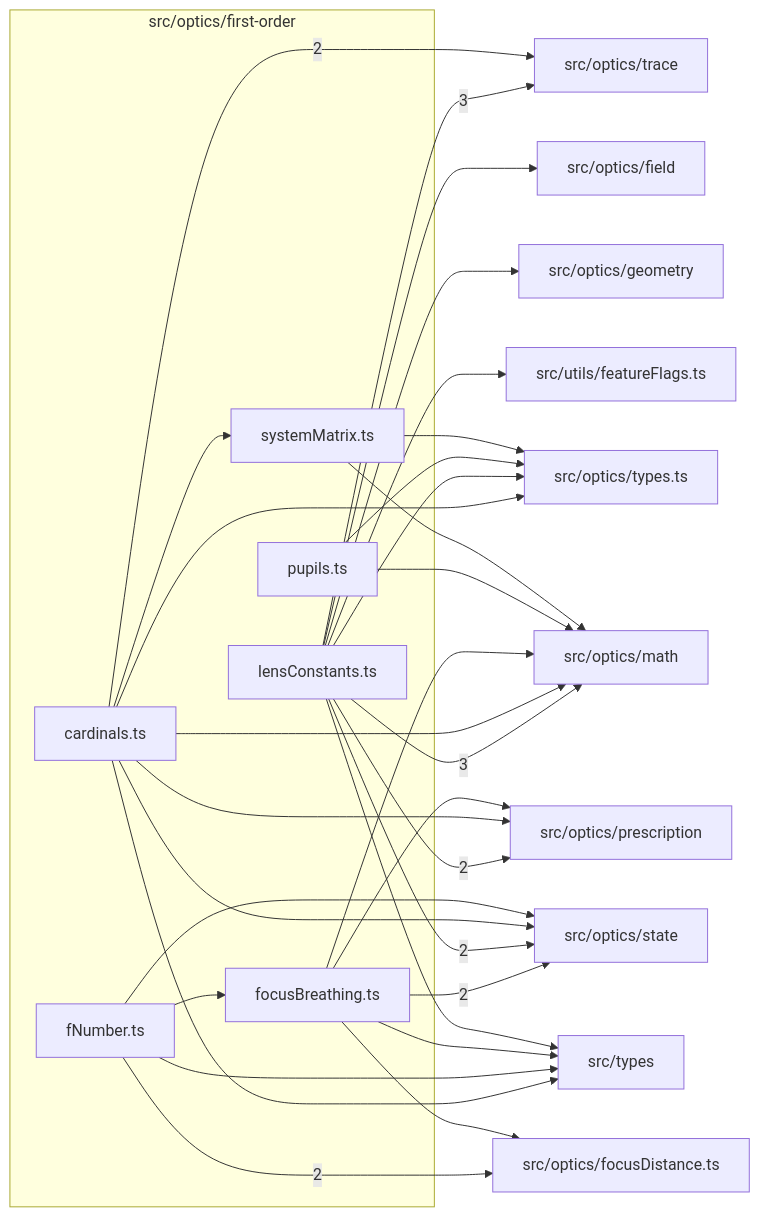
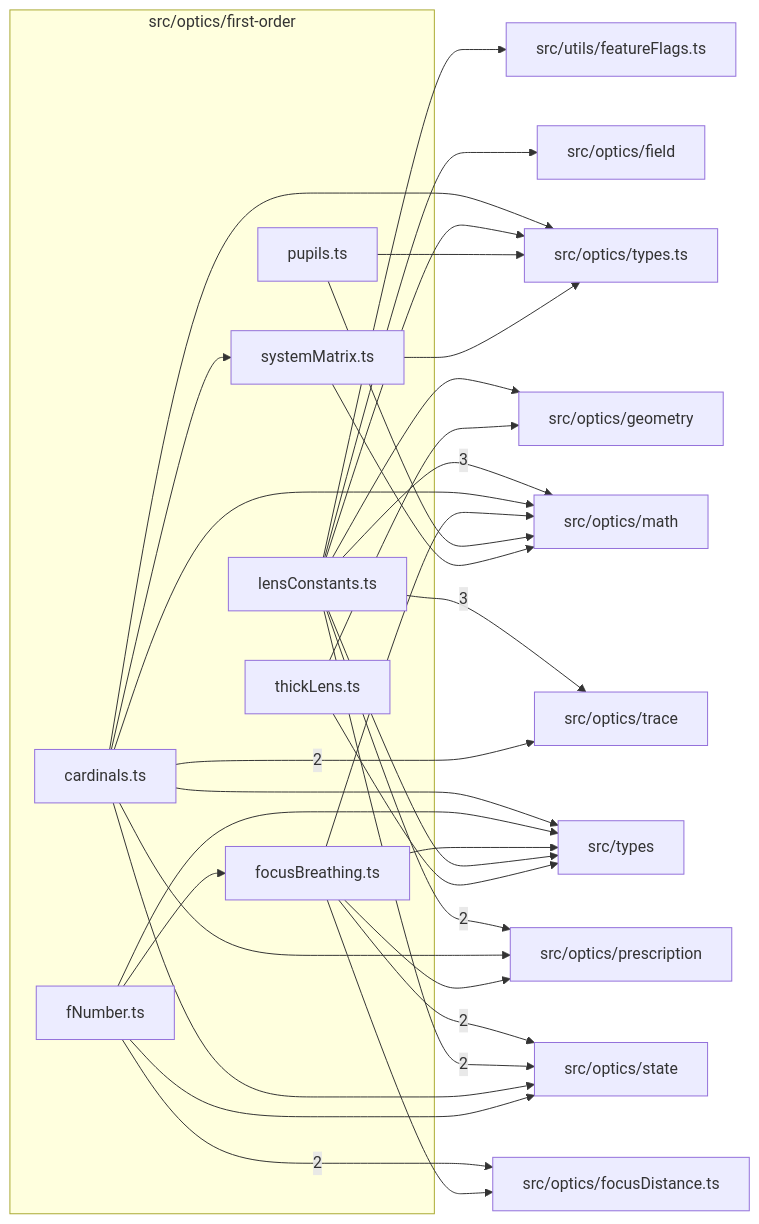
Before and after one commit to ronbuening/LensVisualizer: the diagram in src/optics/first-order/readme.md, drawn with Mermaid. The commit also changed other lines of this file and 8 other files, not shown here.

````diff
--- a/src/optics/first-order/readme.md
+++ b/src/optics/first-order/readme.md
@@ -9,50 +9,53 @@
 ```mermaid
 flowchart LR
   subgraph n_src_optics_first_order["src/optics/first-order"]
     n_src_optics_first_order_src_optics_first_order_cardinals_ts["cardinals.ts"]
     n_src_optics_first_order_src_optics_first_order_fNumber_ts["fNumber.ts"]
     n_src_optics_first_order_src_optics_first_order_focusBreathing_ts["focusBreathing.ts"]
     n_src_optics_first_order_src_optics_first_order_lensConstants_ts["lensConstants.ts"]
     n_src_optics_first_order_src_optics_first_order_pupils_ts["pupils.ts"]
     n_src_optics_first_order_src_optics_first_order_systemMatrix_ts["systemMatrix.ts"]
+    n_src_optics_first_order_src_optics_first_order_thickLens_ts["thickLens.ts"]
   end
   n_external_src_optics_math["src/optics/math"]
   n_external_src_optics_trace["src/optics/trace"]
   n_external_src_optics_focusDistance_ts["src/optics/focusDistance.ts"]
   n_external_src_optics_prescription["src/optics/prescription"]
   n_external_src_optics_state["src/optics/state"]
   n_external_src_optics_field["src/optics/field"]
   n_external_src_optics_geometry["src/optics/geometry"]
   n_external_src_optics_types_ts["src/optics/types.ts"]
   n_external_src_types["src/types"]
   n_external_src_utils_featureFlags_ts["src/utils/featureFlags.ts"]
   n_src_optics_first_order_src_optics_first_order_lensConstants_ts --> |3| n_external_src_optics_math
   n_src_optics_first_order_src_optics_first_order_lensConstants_ts --> |3| n_external_src_optics_trace
   n_src_optics_first_order_src_optics_first_order_fNumber_ts --> |2| n_external_src_optics_focusDistance_ts
   n_src_optics_first_order_src_optics_first_order_lensConstants_ts --> |2| n_external_src_optics_prescription
   n_src_optics_first_order_src_optics_first_order_focusBreathing_ts --> |2| n_external_src_optics_state
   n_src_optics_first_order_src_optics_first_order_lensConstants_ts --> |2| n_external_src_optics_state
   n_src_optics_first_order_src_optics_first_order_cardinals_ts --> |2| n_external_src_optics_trace
   n_src_optics_first_order_src_optics_first_order_lensConstants_ts --> n_external_src_optics_field
   n_src_optics_first_order_src_optics_first_order_focusBreathing_ts --> n_external_src_optics_focusDistance_ts
   n_src_optics_first_order_src_optics_first_order_lensConstants_ts --> n_external_src_optics_geometry
+  n_src_optics_first_order_src_optics_first_order_thickLens_ts --> n_external_src_optics_geometry
   n_src_optics_first_order_src_optics_first_order_cardinals_ts --> n_external_src_optics_math
   n_src_optics_first_order_src_optics_first_order_focusBreathing_ts --> n_external_src_optics_math
   n_src_optics_first_order_src_optics_first_order_pupils_ts --> n_external_src_optics_math
   n_src_optics_first_order_src_optics_first_order_systemMatrix_ts --> n_external_src_optics_math
   n_src_optics_first_order_src_optics_first_order_cardinals_ts --> n_external_src_optics_prescription
   n_src_optics_first_order_src_optics_first_order_focusBreathing_ts --> n_external_src_optics_prescription
   n_src_optics_first_order_src_optics_first_order_cardinals_ts --> n_external_src_optics_state
   n_src_optics_first_order_src_optics_first_order_fNumber_ts --> n_external_src_optics_state
   n_src_optics_first_order_src_optics_first_order_cardinals_ts --> n_external_src_optics_types_ts
   n_src_optics_first_order_src_optics_first_order_lensConstants_ts --> n_external_src_optics_types_ts
   n_src_optics_first_order_src_optics_first_order_pupils_ts --> n_external_src_optics_types_ts
   n_src_optics_first_order_src_optics_first_order_systemMatrix_ts --> n_external_src_optics_types_ts
   n_src_optics_first_order_src_optics_first_order_cardinals_ts --> n_external_src_types
   n_src_optics_first_order_src_optics_first_order_fNumber_ts --> n_external_src_types
   n_src_optics_first_order_src_optics_first_order_focusBreathing_ts --> n_external_src_types
   n_src_optics_first_order_src_optics_first_order_lensConstants_ts --> n_external_src_types
+  n_src_optics_first_order_src_optics_first_order_thickLens_ts --> n_external_src_types
   n_src_optics_first_order_src_optics_first_order_lensConstants_ts --> n_external_src_utils_featureFlags_ts
   n_src_optics_first_order_src_optics_first_order_fNumber_ts --> n_src_optics_first_order_src_optics_first_order_focusBreathing_ts
   n_src_optics_first_order_src_optics_first_order_cardinals_ts --> n_src_optics_first_order_src_optics_first_order_systemMatrix_ts
 ```
````
